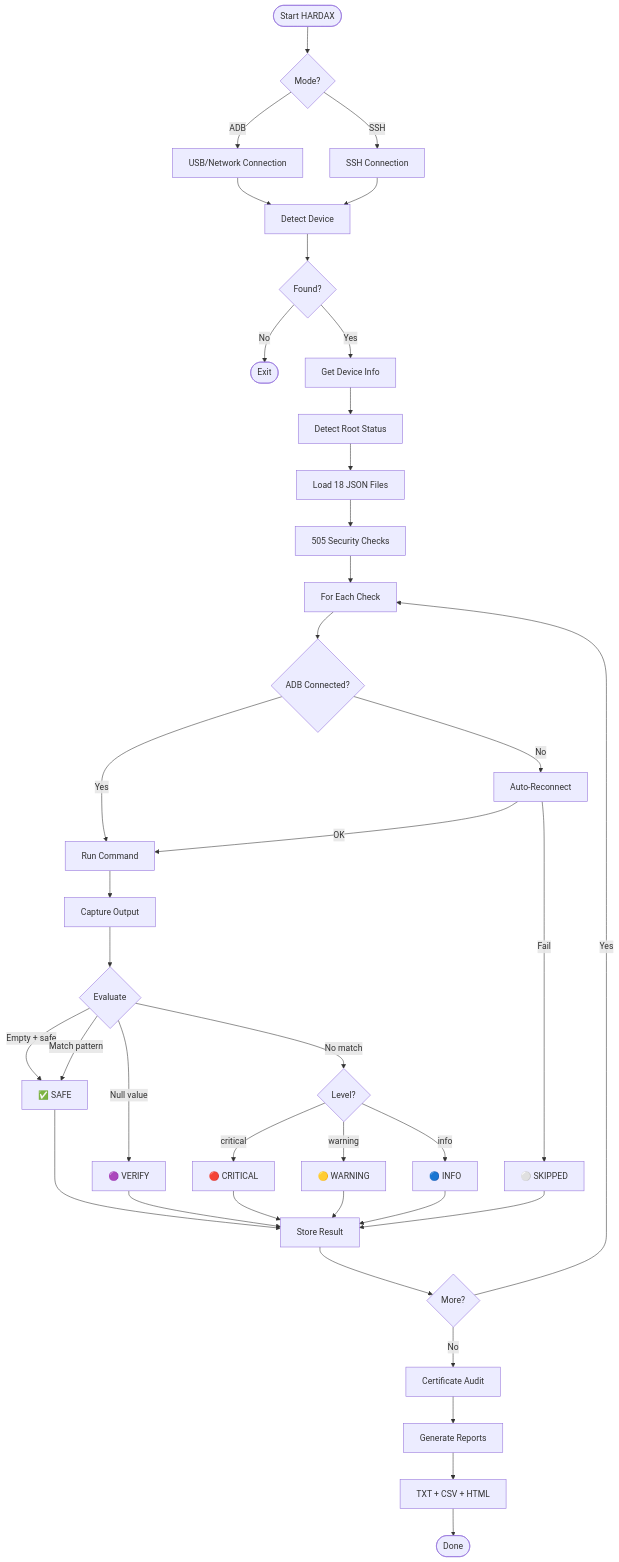
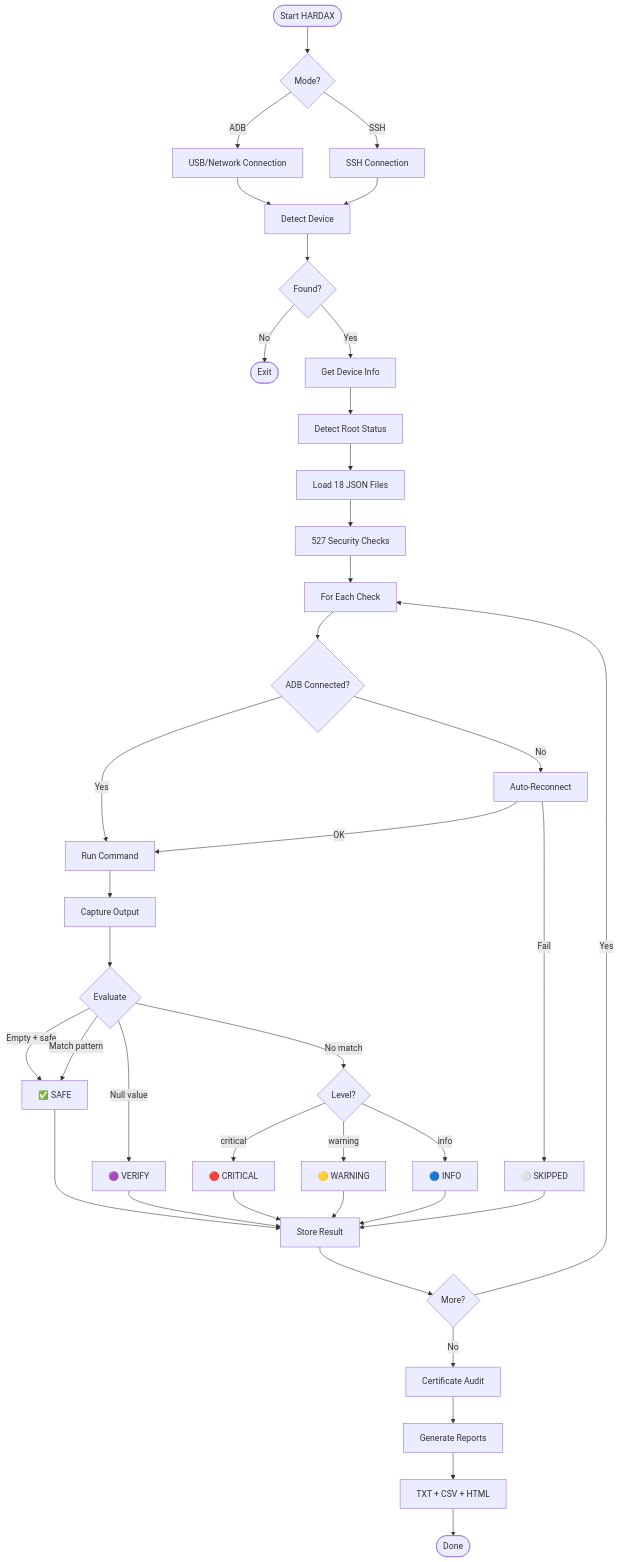
Before and after one commit to V33RU/hardax: the diagram in README.md, drawn with Mermaid. The commit also changed other lines of this file, not shown here.

````diff
--- a/README.md
+++ b/README.md
@@ -227,36 +227,36 @@
 ```mermaid
 flowchart TD
     A([Start HARDAX]) --> B{Mode?}
     B -->|ADB| C[USB/Network Connection]
     B -->|SSH| D[SSH Connection]
     C --> E[Detect Device]
     D --> E
     E --> F{Found?}
     F -->|No| G([Exit])
     F -->|Yes| H[Get Device Info]
     H --> I[Detect Root Status]
     I --> J[Load 18 JSON Files]
-    J --> K[505 Security Checks]
+    J --> K[527 Security Checks]
     K --> L[For Each Check]
     L --> M{ADB Connected?}
     M -->|No| N[Auto-Reconnect]
     N -->|Fail| O[⚪ SKIPPED]
     M -->|Yes| P[Run Command]
     N -->|OK| P
     P --> Q[Capture Output]
     Q --> R{Evaluate}
     R -->|Empty + safe| S[✅ SAFE]
     R -->|Match pattern| S
     R -->|Null value| T[🟣 VERIFY]
     R -->|No match| U{Level?}
     U -->|critical| V[🔴 CRITICAL]
     U -->|warning| W[🟡 WARNING]
     U -->|info| X[🔵 INFO]
     S & T & V & W & X & O --> Y[Store Result]
     Y --> Z{More?}
     Z -->|Yes| L
     Z -->|No| AA[Certificate Audit]
     AA --> AB[Generate Reports]
     AB --> AC[TXT + CSV + HTML]
     AC --> AD([Done])
 ```
````
